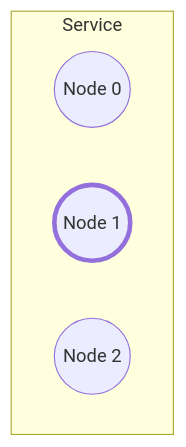
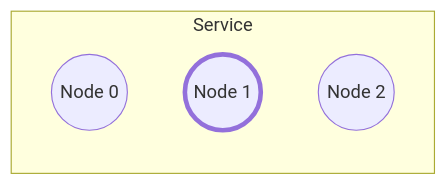
One commit to microsoft/CCF changed the first of 6 diagrams in doc/operations/code_upgrade.rst. Above: the diagram before and after it, drawn with Mermaid. The commit also changed other lines of this file, not shown here.

Commit message:
Docs: change orientation of Mermaid diagrams for code upgrade

```diff
--- a/doc/operations/code_upgrade.rst
+++ b/doc/operations/code_upgrade.rst
@@ -23,11 +23,11 @@
 .. mermaid::
 
-    graph TB;
+    graph LR;
         classDef Primary stroke-width:4px
 
         subgraph Service
             Node0((Node 0))
             Node1((Node 1))
             class Node1 Primary
             Node2((Node 2))
         end
```
